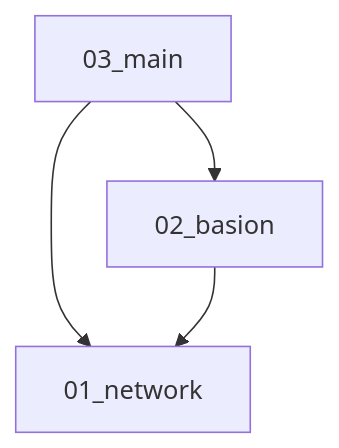
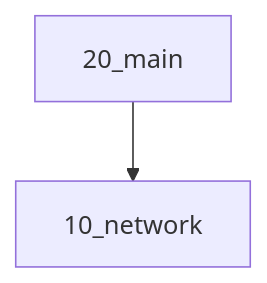
Before and after one commit to fujitake/vantiq-related: the diagram in vantiq-cloud-infra-operations/terraform_aws/new/readme.md, drawn with Mermaid. The commit also changed other lines of this file and 48 other files, not shown here.

````diff
--- a/vantiq-cloud-infra-operations/terraform_aws/new/readme.md
+++ b/vantiq-cloud-infra-operations/terraform_aws/new/readme.md
@@ -57,6 +56,4 @@
 ```mermaid
   graph TD;
-      03_main-->02_basion;
-      03_main-->01_network;
-      02_basion-->01_network;
+      20_main-->10_network;
 ```
````
